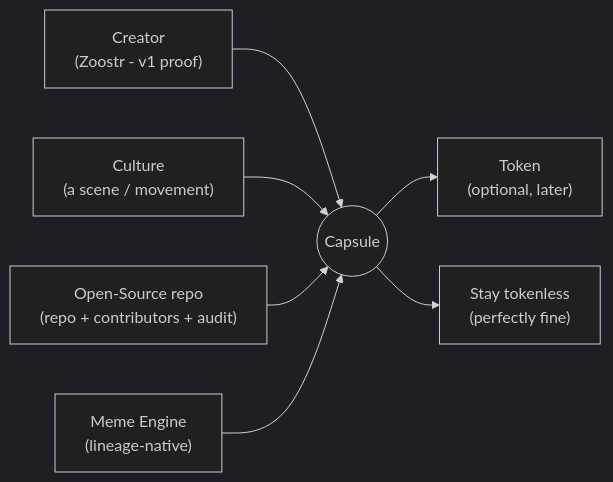
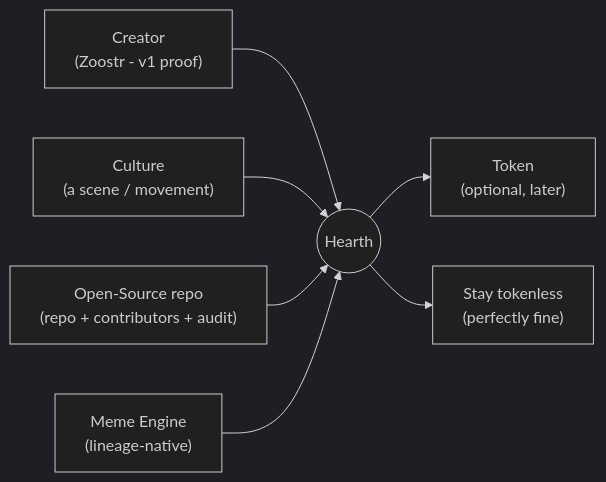
One commit to bettercallzaal/sparkz changed the first of 6 diagrams in README.md. Above: the diagram before and after it, drawn with Mermaid (dark theme). The commit also changed other lines of this file and 19 other files, not shown here.

````diff
--- a/README.md
+++ b/README.md
@@ -179,9 +180,9 @@
 ```mermaid
 flowchart LR
-  Creator["Creator<br/>(Zoostr - v1 proof)"] --> Capsule
-  Culture["Culture<br/>(a scene / movement)"] --> Capsule
-  OSS["Open-Source repo<br/>(repo + contributors + audit)"] --> Capsule
-  Meme["Meme Engine<br/>(lineage-native)"] --> Capsule
-  Capsule(("Capsule")) --> Coin["Token<br/>(optional, later)"]
-  Capsule --> Stay["Stay tokenless<br/>(perfectly fine)"]
+  Creator["Creator<br/>(Zoostr - v1 proof)"] --> Hearth
+  Culture["Culture<br/>(a scene / movement)"] --> Hearth
+  OSS["Open-Source repo<br/>(repo + contributors + audit)"] --> Hearth
+  Meme["Meme Engine<br/>(lineage-native)"] --> Hearth
+  Hearth(("Hearth")) --> Coin["Token<br/>(optional, later)"]
+  Hearth --> Stay["Stay tokenless<br/>(perfectly fine)"]
 ```
````
